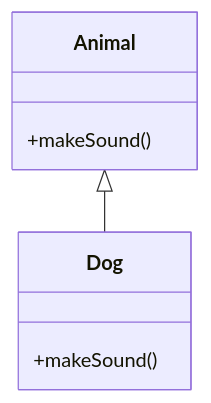
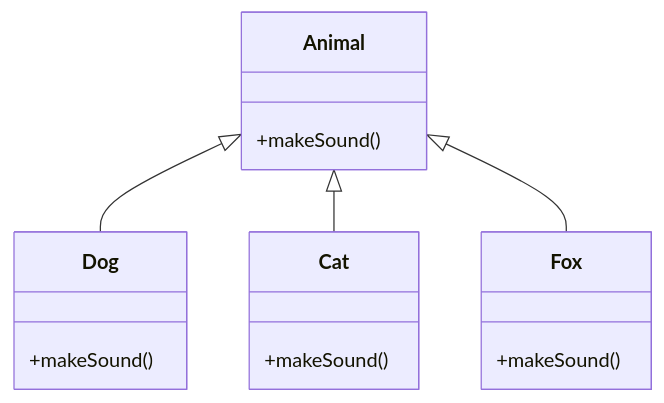
One commit to nackc8/kursmaterial changed the diagram in programmering3/python-till-java.md. Above: the diagram before and after it, drawn with Mermaid. The commit also changed other lines of this file, not shown here.

````diff
--- a/programmering3/python-till-java.md
+++ b/programmering3/python-till-java.md
@@ -469,11 +483,22 @@
 ```mermaid
 classDiagram
     Animal <|-- Dog
+    Animal <|-- Cat
+    Animal <|-- Fox
     class Animal{
         +makeSound()
     }
 
     class Dog{
         +makeSound()
     }
+
+    class Cat{
+        +makeSound()
+    }
+
+    class Fox{
+        +makeSound()
+    }
+
 ```
````
